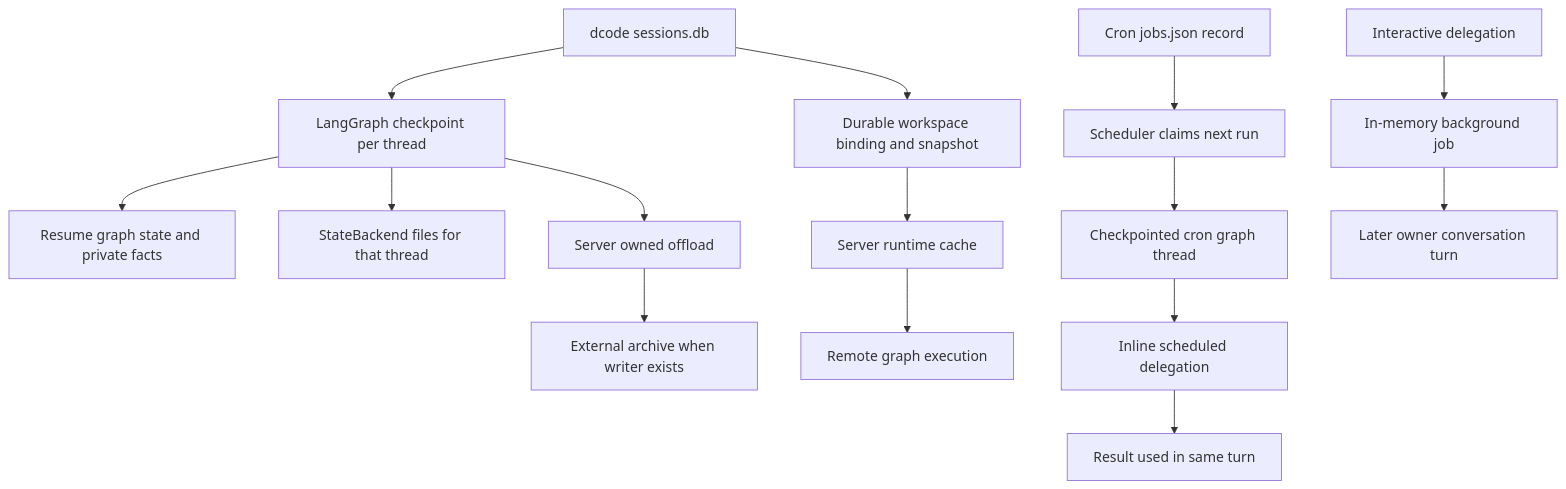
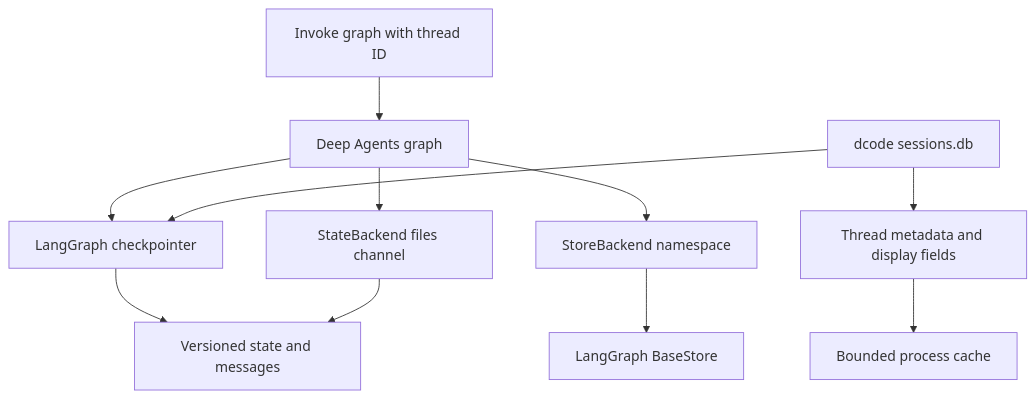
Before and after one commit to langchain-ai/deepagents: the first of 2 diagrams in openwiki/concepts/state-persistence.md, drawn with Mermaid. The commit also changed other lines of this file and 37 other files, not shown here.

````diff
--- a/openwiki/concepts/state-persistence.md
+++ b/openwiki/concepts/state-persistence.md
@@ -35,17 +33,13 @@
 ```mermaid
 flowchart TD
-    CP["LangGraph checkpoint per thread"] --> Resume["Resume graph state and private facts"]
-    CP --> StateFiles["StateBackend files for that thread"]
-    DB["dcode sessions.db"] --> CP
-    DB --> Binding["Durable workspace binding and snapshot"]
-    Binding --> Runtime["Server runtime cache"]
-    Runtime --> ServerRun["Remote graph execution"]
-    CP --> Offload["Server owned offload"]
-    Offload --> Archive["External archive when writer exists"]
-    Job["Cron jobs.json record"] --> Scheduler["Scheduler claims next run"]
-    Scheduler --> CronThread["Checkpointed cron graph thread"]
-    CronThread --> Inline["Inline scheduled delegation"]
-    Inline --> SameTurn["Result used in same turn"]
-    Chat["Interactive delegation"] --> Memory["In-memory background job"]
-    Memory --> Later["Later owner conversation turn"]
+    Invoke["Invoke graph with thread ID"] --> Graph["Deep Agents graph"]
+    Graph --> Checkpoint["LangGraph checkpointer"]
+    Checkpoint --> ThreadState["Versioned state and messages"]
+    Graph --> StateBackend["StateBackend files channel"]
+    StateBackend --> ThreadState
+    Graph --> StoreBackend["StoreBackend namespace"]
+    StoreBackend --> BaseStore["LangGraph BaseStore"]
+    SQLite["dcode sessions.db"] --> Checkpoint
+    SQLite --> Listing["Thread metadata and display fields"]
+    Listing --> Cache["Bounded process cache"]
 ```
````
